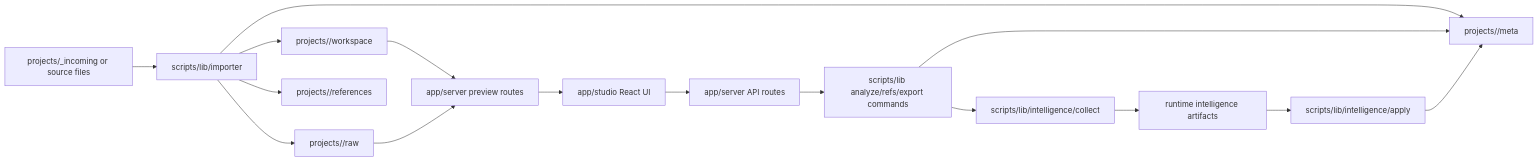
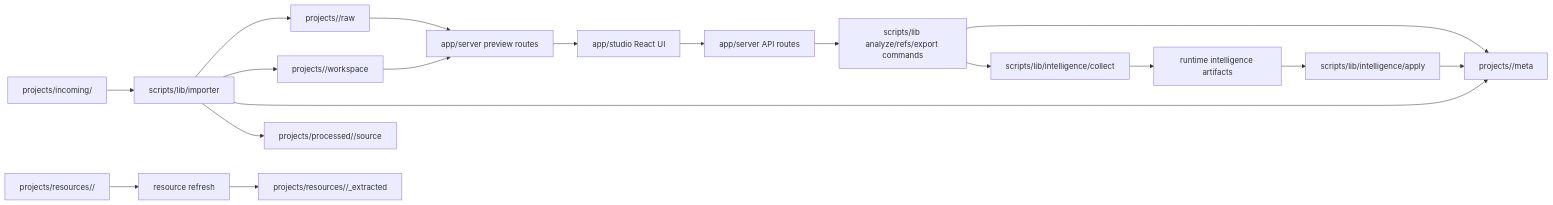
Before and after one commit to deanguedo-arch/canvas-helper: the diagram in ARCHITECTURE.md, drawn with Mermaid. The commit also changed other lines of this file and 133 other files, not shown here.

````diff
--- a/ARCHITECTURE.md
+++ b/ARCHITECTURE.md
@@ -17,18 +17,20 @@
 ```mermaid
 flowchart LR
-  A["projects/_incoming or source files"] --> B["scripts/lib/importer"]
+  A["projects/incoming/<bundle-or-html>"] --> B["scripts/lib/importer"]
+  A2["projects/resources/<slug>/<file>"] --> R["resource refresh"]
   B --> C["projects/<slug>/raw"]
   B --> D["projects/<slug>/workspace"]
   B --> E["projects/<slug>/meta"]
-  B --> F["projects/<slug>/references"]
+  B --> P["projects/processed/<slug>/source"]
+  R --> F["projects/resources/<slug>/_extracted"]
   D --> G["app/server preview routes"]
   C --> G
   G --> H["app/studio React UI"]
   H --> I["app/server API routes"]
   I --> J["scripts/lib analyze/refs/export commands"]
   J --> E
   J --> K["scripts/lib/intelligence/collect"]
   K --> L["runtime intelligence artifacts"]
   L --> M["scripts/lib/intelligence/apply"]
   M --> E
 ```
````
